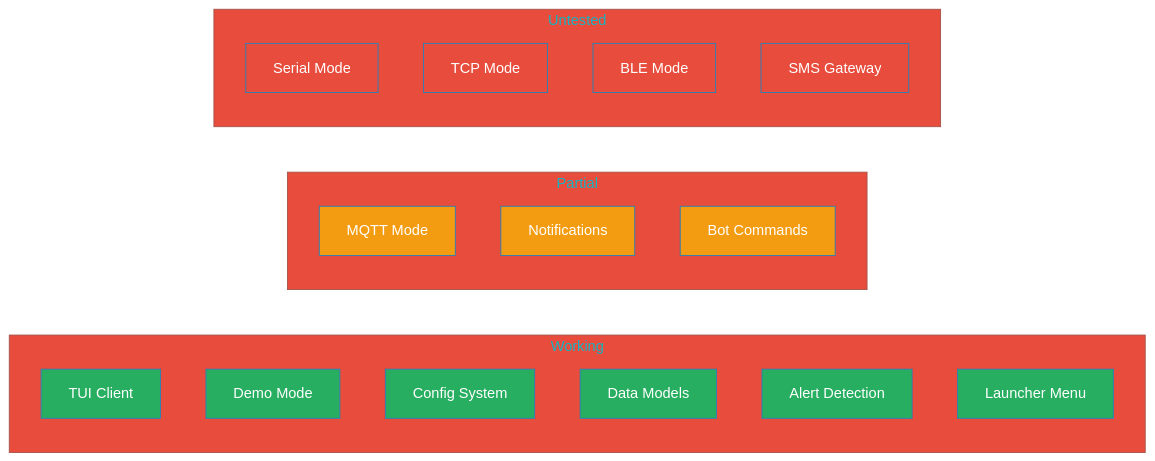
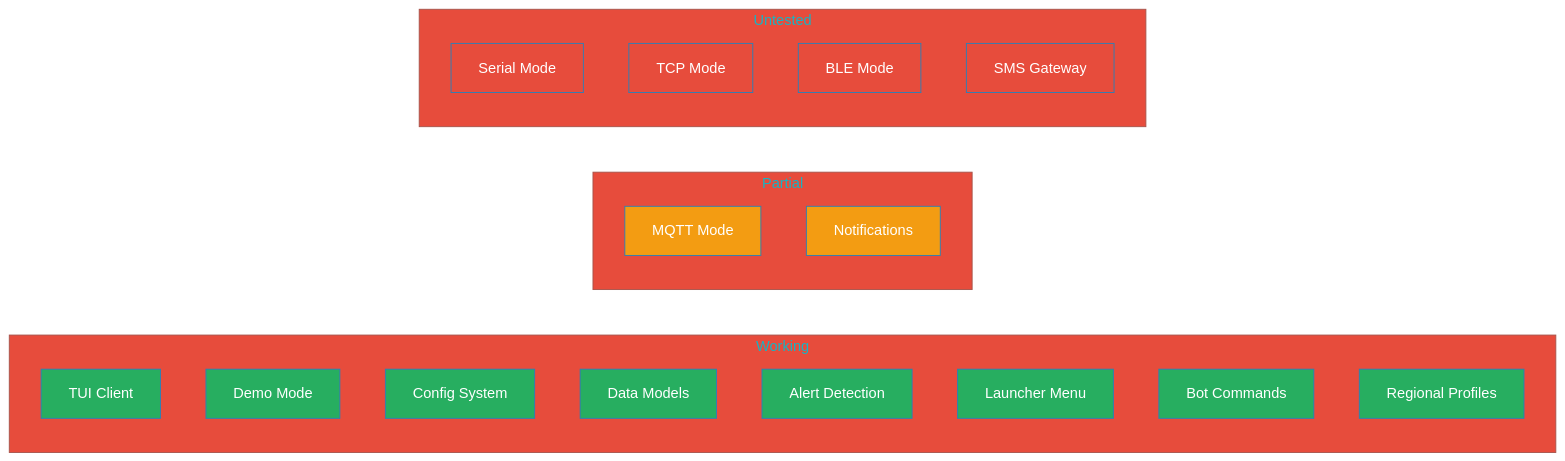
One commit to Nursedude/meshing_around_meshforge changed the first of 5 diagrams in README.md. Above: the diagram before and after it, drawn with Mermaid. The commit also changed other lines of this file, not shown here.

First line of the commit message:
Update README: add profiles, commands, data sources, fix screen count

````diff
--- a/README.md
+++ b/README.md
@@ -50,39 +50,41 @@
 ```mermaid
 %%{init: {'theme': 'base', 'themeVariables': { 'primaryColor': '#4a9eff', 'primaryTextColor': '#fff', 'primaryBorderColor': '#2980b9', 'lineColor': '#666', 'secondaryColor': '#27ae60', 'tertiaryColor': '#e74c3c'}}}%%
 graph LR
     subgraph "Working"
         TUI[TUI Client]
         DEMO[Demo Mode]
         CFG[Config System]
         MODELS[Data Models]
         ALERTS[Alert Detection]
         LAUNCH[Launcher Menu]
+        CMDS[Bot Commands]
+        PROF[Regional Profiles]
     end
 
     subgraph "Partial"
         MQTT[MQTT Mode]
         NOTIFY[Notifications]
-        CMDS[Bot Commands]
     end
 
     subgraph "Untested"
         SERIAL[Serial Mode]
         TCP[TCP Mode]
         BLE[BLE Mode]
         SMS[SMS Gateway]
     end
 
     style TUI fill:#27ae60,color:#fff
     style DEMO fill:#27ae60,color:#fff
     style CFG fill:#27ae60,color:#fff
     style MODELS fill:#27ae60,color:#fff
     style ALERTS fill:#27ae60,color:#fff
     style LAUNCH fill:#27ae60,color:#fff
     style MQTT fill:#f39c12,color:#fff
     style NOTIFY fill:#f39c12,color:#fff
-    style CMDS fill:#f39c12,color:#fff
+    style CMDS fill:#27ae60,color:#fff
+    style PROF fill:#27ae60,color:#fff
     style SERIAL fill:#e74c3c,color:#fff
     style TCP fill:#e74c3c,color:#fff
     style BLE fill:#e74c3c,color:#fff
     style SMS fill:#e74c3c,color:#fff
 ```
````
